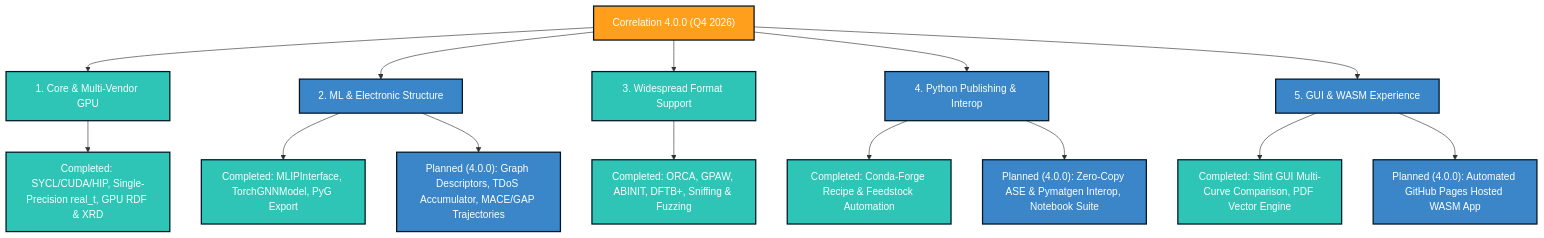
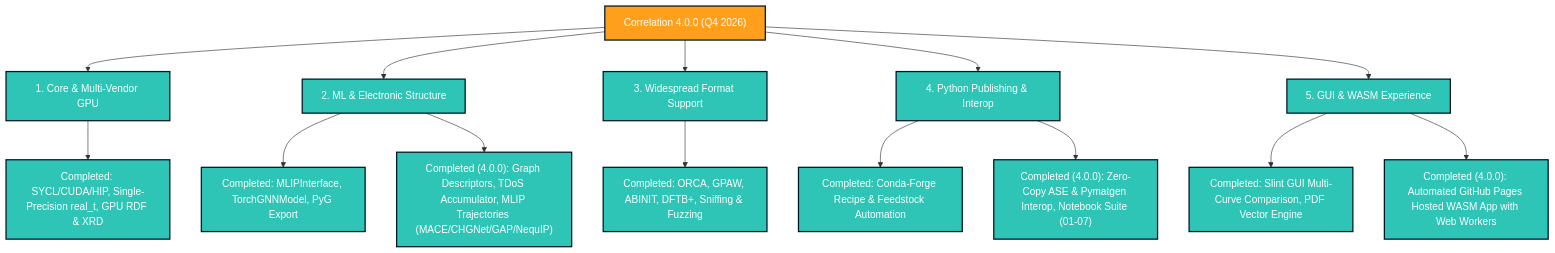
The diagram in docs/RoadMap.md (Isurwars/Correlation), drawn with Mermaid before and after one commit. The commit also changed other lines of this file and 25 other files, not shown here.

Commit message:
feat: add NequipReader format support and Web Worker background execution for WASM app

````diff
--- a/docs/RoadMap.md
+++ b/docs/RoadMap.md
@@ -10,25 +10,25 @@
 ```mermaid
 graph TD
     classDef completed fill:#2ec4b6,stroke:#011627,stroke-width:2px,color:#fdfffc;
     classDef planned fill:#3a86c8,stroke:#011627,stroke-width:2px,color:#fdfffc;
     classDef core fill:#ff9f1c,stroke:#011627,stroke-width:2px,color:#fdfffc;
 
     A["Correlation 4.0.0 (Q4 2026)"]:::core --> B["1. Core & Multi-Vendor GPU"]:::completed
-    A --> C["2. ML & Electronic Structure"]:::planned
+    A --> C["2. ML & Electronic Structure"]:::completed
     A --> D["3. Widespread Format Support"]:::completed
-    A --> E["4. Python Publishing & Interop"]:::planned
-    A --> F["5. GUI & WASM Experience"]:::planned
+    A --> E["4. Python Publishing & Interop"]:::completed
+    A --> F["5. GUI & WASM Experience"]:::completed
 
     B --> B1["Completed: SYCL/CUDA/HIP, Single-Precision real_t, GPU RDF & XRD"]:::completed
     
     C --> C1["Completed: MLIPInterface, TorchGNNModel, PyG Export"]:::completed
-    C --> C2["Planned (4.0.0): Graph Descriptors, TDoS Accumulator, MACE/GAP Trajectories"]:::planned
+    C --> C2["Completed (4.0.0): Graph Descriptors, TDoS Accumulator, MLIP Trajectories (MACE/CHGNet/GAP/NequIP)"]:::completed
     
     D --> D1["Completed: ORCA, GPAW, ABINIT, DFTB+, Sniffing & Fuzzing"]:::completed
 
     E --> E1["Completed: Conda-Forge Recipe & Feedstock Automation"]:::completed
-    E --> E2["Planned (4.0.0): Zero-Copy ASE & Pymatgen Interop, Notebook Suite"]:::planned
+    E --> E2["Completed (4.0.0): Zero-Copy ASE & Pymatgen Interop, Notebook Suite (01-07)"]:::completed
 
     F --> F1["Completed: Slint GUI Multi-Curve Comparison, PDF Vector Engine"]:::completed
-    F --> F2["Planned (4.0.0): Automated GitHub Pages Hosted WASM App"]:::planned
+    F --> F2["Completed (4.0.0): Automated GitHub Pages Hosted WASM App with Web Workers"]:::completed
 ```
````
